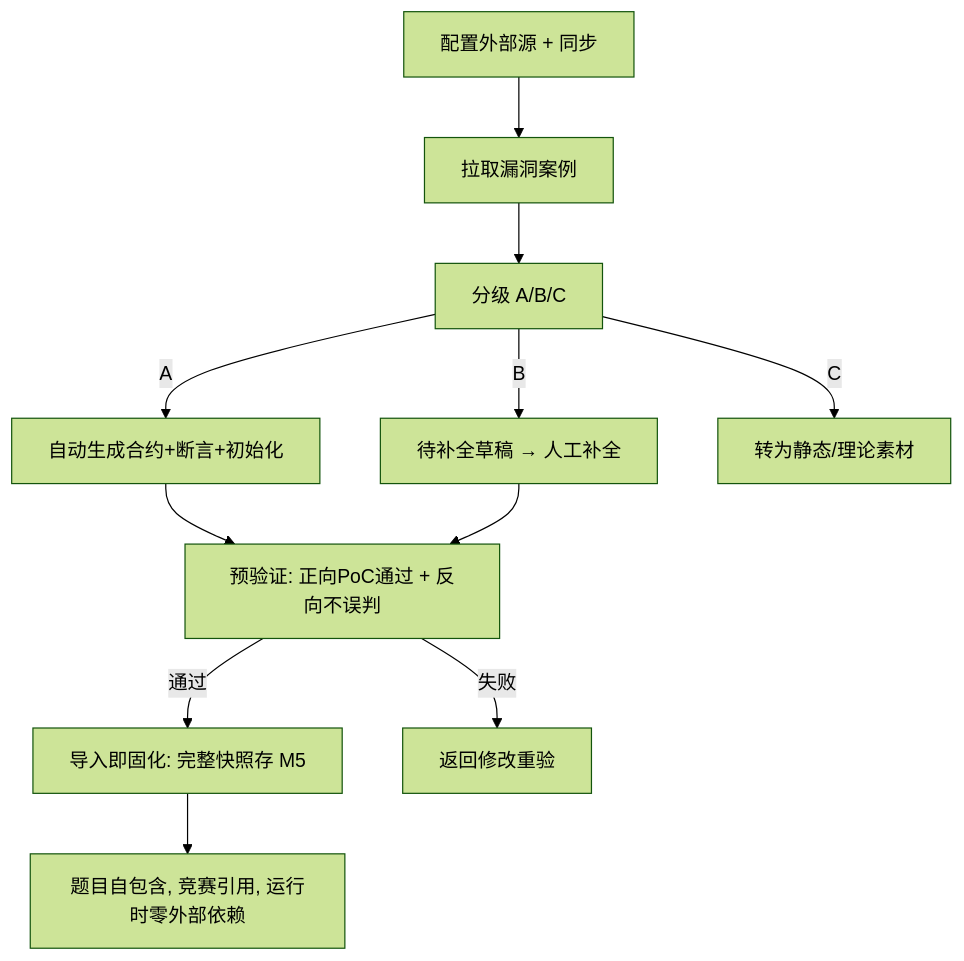
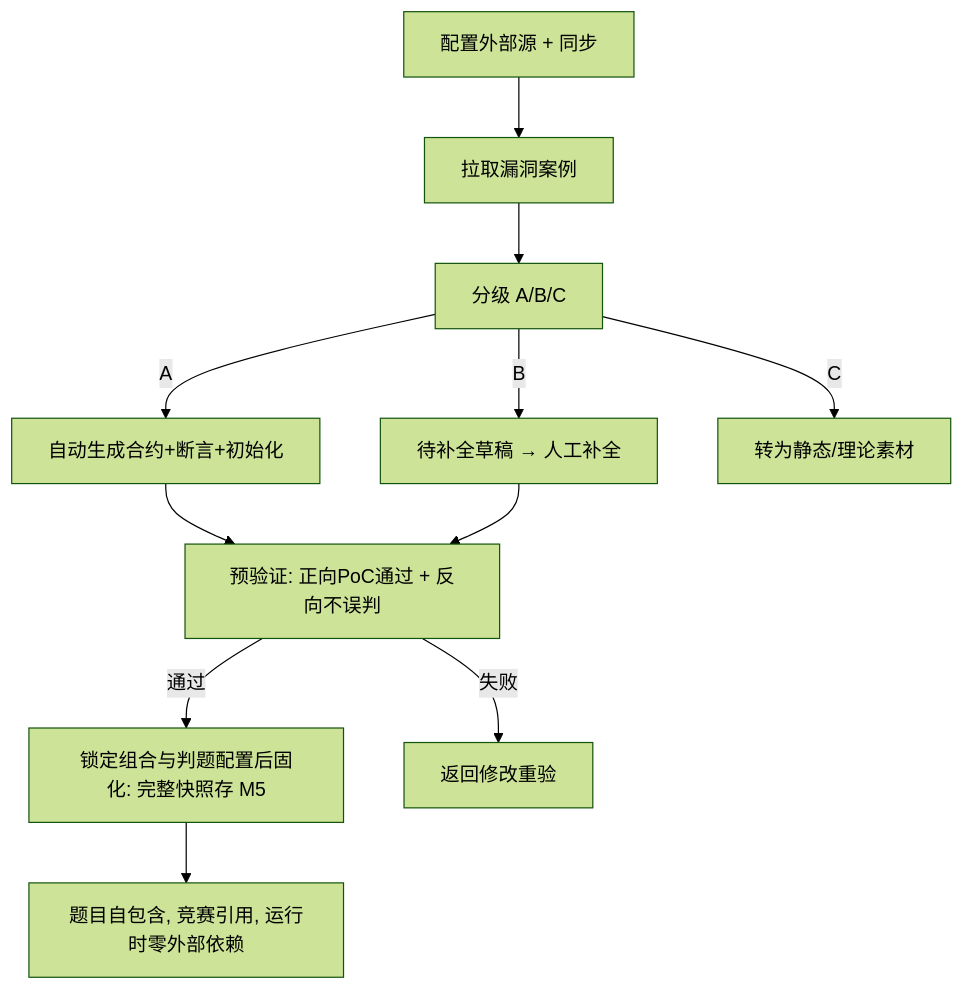
One commit to menghuishisan/CHAIMIR changed the seventh of 8 diagrams in docs/08-竞赛/05-业务流程与状态机.md. Above: the diagram before and after it, drawn with Mermaid (forest theme). The commit also changed other lines of this file and 589 other files, not shown here.

````diff
--- a/docs/08-竞赛/05-业务流程与状态机.md
+++ b/docs/08-竞赛/05-业务流程与状态机.md
@@ -120,13 +121,13 @@
 ```mermaid
 flowchart TD
     A[配置外部源 + 同步] --> B[拉取漏洞案例]
     B --> C[分级 A/B/C]
     C -->|A| D[自动生成合约+断言+初始化]
     C -->|B| E[待补全草稿 → 人工补全]
     C -->|C| F[转为静态/理论素材]
     D --> G[预验证: 正向PoC通过 + 反向不误判]
     E --> G
-    G -->|通过| H[导入即固化: 完整快照存 M5]
+    G -->|通过| H[锁定组合与判题配置后固化: 完整快照存 M5]
     G -->|失败| I[返回修改重验]
     H --> J[题目自包含, 竞赛引用, 运行时零外部依赖]
 ```
````
